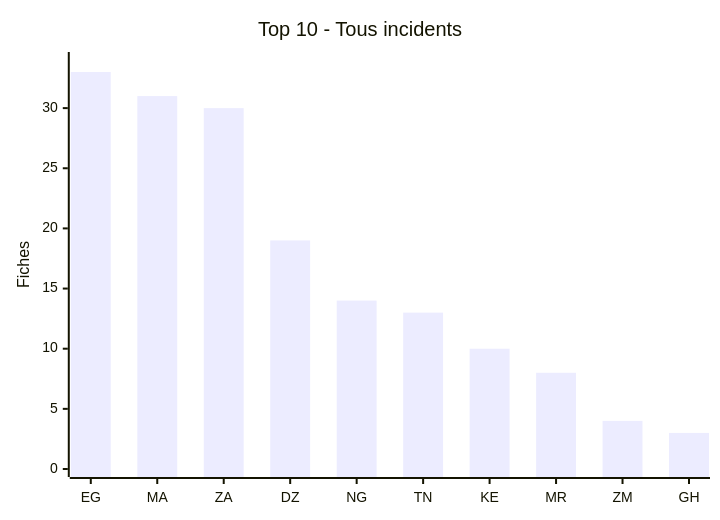
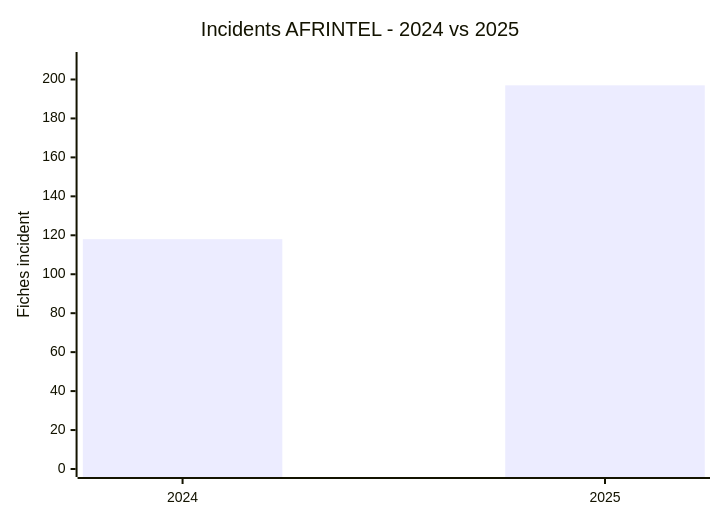
Before and after one commit to Hatchepsoute/AFRINTEL: the first of 5 diagrams in CyberAttackAfrica/2025/README_FR.md, drawn with Mermaid. The commit also changed other lines of this file and 35 other files, not shown here.

````diff
--- a/CyberAttackAfrica/2025/README_FR.md
+++ b/CyberAttackAfrica/2025/README_FR.md
@@ -65,7 +63,7 @@
 ```mermaid
-xychart
-    title "Top 10 - Tous incidents"
-    x-axis ["EG","MA","ZA","DZ","NG","TN","KE","MR","ZM","GH"]
-    y-axis "Fiches" 0 --> 34
-    bar [33,31,30,19,14,13,10,8,4,3]
+xychart-beta
+    title "Incidents AFRINTEL - 2024 vs 2025"
+    x-axis ["2024","2025"]
+    y-axis "Fiches incident" 0 --> 210
+    bar [118,197]
 ```
````
